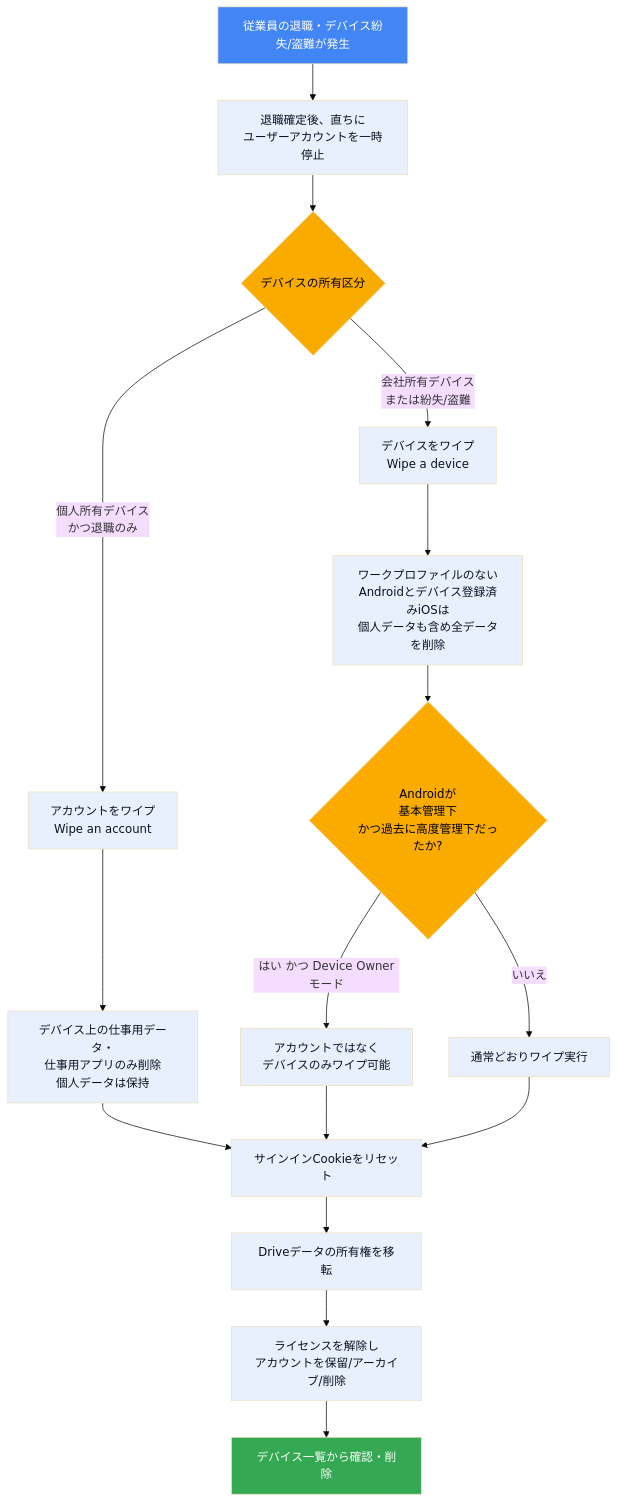
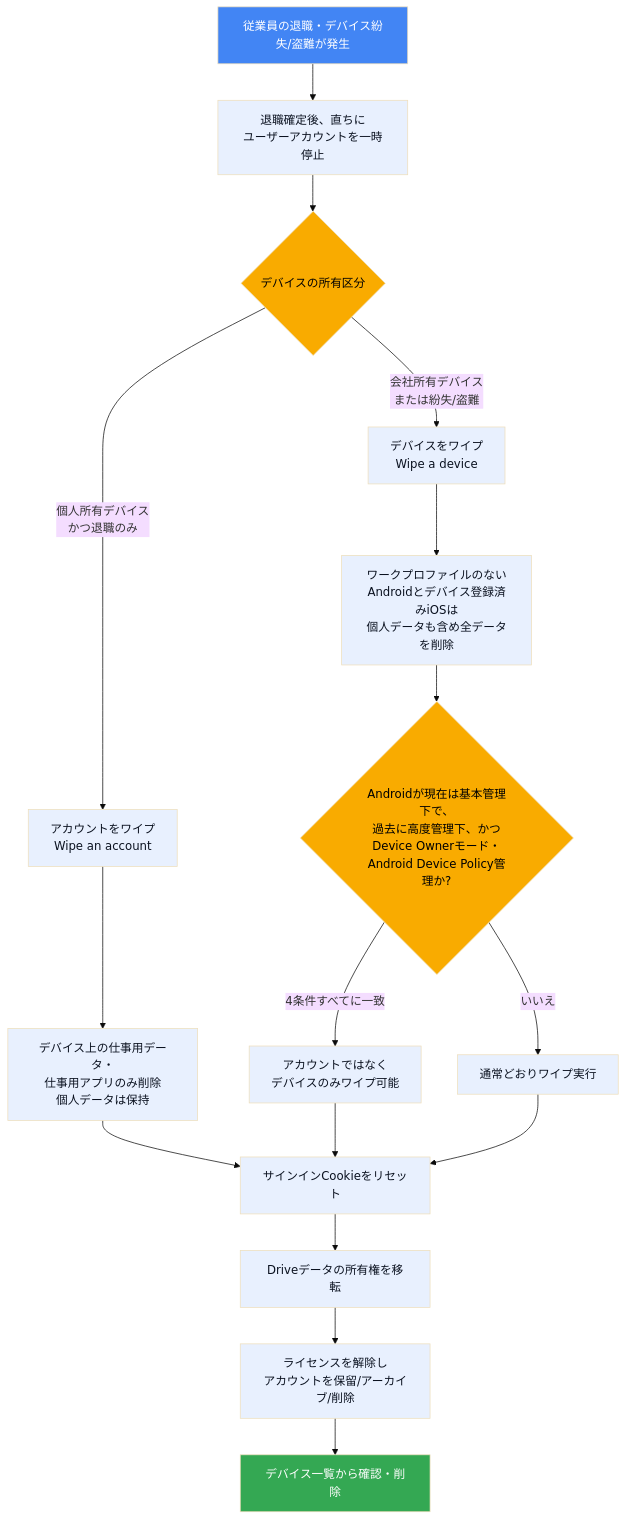
Before and after one commit to myoshi2891/Cloud-Infrastructure-Studies: the sixth of 10 diagrams in Agwa-s5-browsers-endpoints.md, drawn with Mermaid (base theme). The commit also changed other lines of this file, not shown here.

````diff
--- a/Agwa-s5-browsers-endpoints.md
+++ b/Agwa-s5-browsers-endpoints.md
@@ -280,31 +280,31 @@
 ```mermaid
 flowchart TD
     A["従業員の退職・デバイス紛失/盗難が発生"] --> S["退職確定後、直ちに<br/>ユーザーアカウントを一時停止"]
     S --> B{"デバイスの所有区分"}
     B -->|"会社所有デバイス<br/>または紛失/盗難"| C["デバイスをワイプ<br/>Wipe a device"]
     B -->|"個人所有デバイス<br/>かつ退職のみ"| D["アカウントをワイプ<br/>Wipe an account"]
 
     C --> C1["ワークプロファイルのない<br/>Androidとデバイス登録済みiOSは<br/>個人データも含め全データを削除"]
     D --> D1["デバイス上の仕事用データ・<br/>仕事用アプリのみ削除<br/>個人データは保持"]
 
-    C1 --> E{"Androidが<br/>基本管理下<br/>かつ過去に高度管理下だったか?"}
-    E -->|"はい かつ Device Ownerモード"| F["アカウントではなく<br/>デバイスのみワイプ可能"]
+    C1 --> E{"Androidが現在は基本管理下で、<br/>過去に高度管理下、かつ<br/>Device Ownerモード・<br/>Android Device Policy管理か?"}
+    E -->|"4条件すべてに一致"| F["アカウントではなく<br/>デバイスのみワイプ可能"]
     E -->|"いいえ"| G["通常どおりワイプ実行"]
 
     D1 --> H["サインインCookieをリセット"]
     F --> H
     G --> H
 
     H --> I["Driveデータの所有権を移転"]
     I --> J["ライセンスを解除し<br/>アカウントを保留/アーカイブ/削除"]
     J --> K["デバイス一覧から確認・削除"]
 
     classDef eventFill fill:#4285f4,color:#ffffff
     classDef qFill fill:#f9ab00,color:#000000
     classDef actionFill fill:#e8f0fe,color:#0b1220
     classDef resultFill fill:#34a853,color:#ffffff
     class A eventFill
     class B,E qFill
     class S,C,D,C1,D1,F,G,H,I,J actionFill
     class K resultFill
 ```
````
